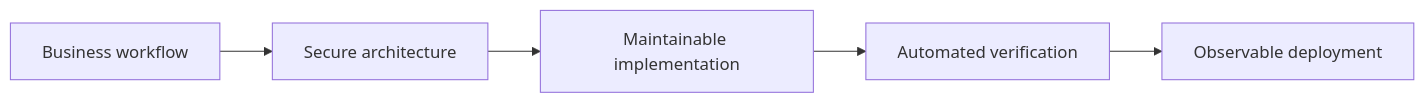
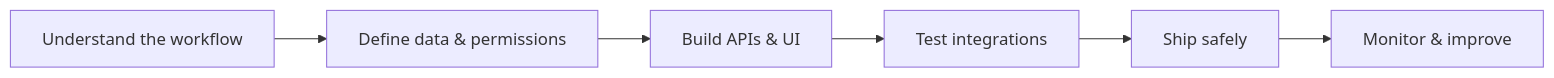
Before and after one commit to 1fartash/1fartash: the diagram in README.md, drawn with Mermaid. The commit also changed other lines of this file, not shown here.

````diff
--- a/README.md
+++ b/README.md
@@ -30,7 +111,8 @@
 ```mermaid
 flowchart LR
-    A[Business workflow] --> B[Secure architecture]
-    B --> C[Maintainable implementation]
-    C --> D[Automated verification]
-    D --> E[Observable deployment]
+    A[Understand the workflow] --> B[Define data & permissions]
+    B --> C[Build APIs & UI]
+    C --> D[Test integrations]
+    D --> E[Ship safely]
+    E --> F[Monitor & improve]
 ```
````
